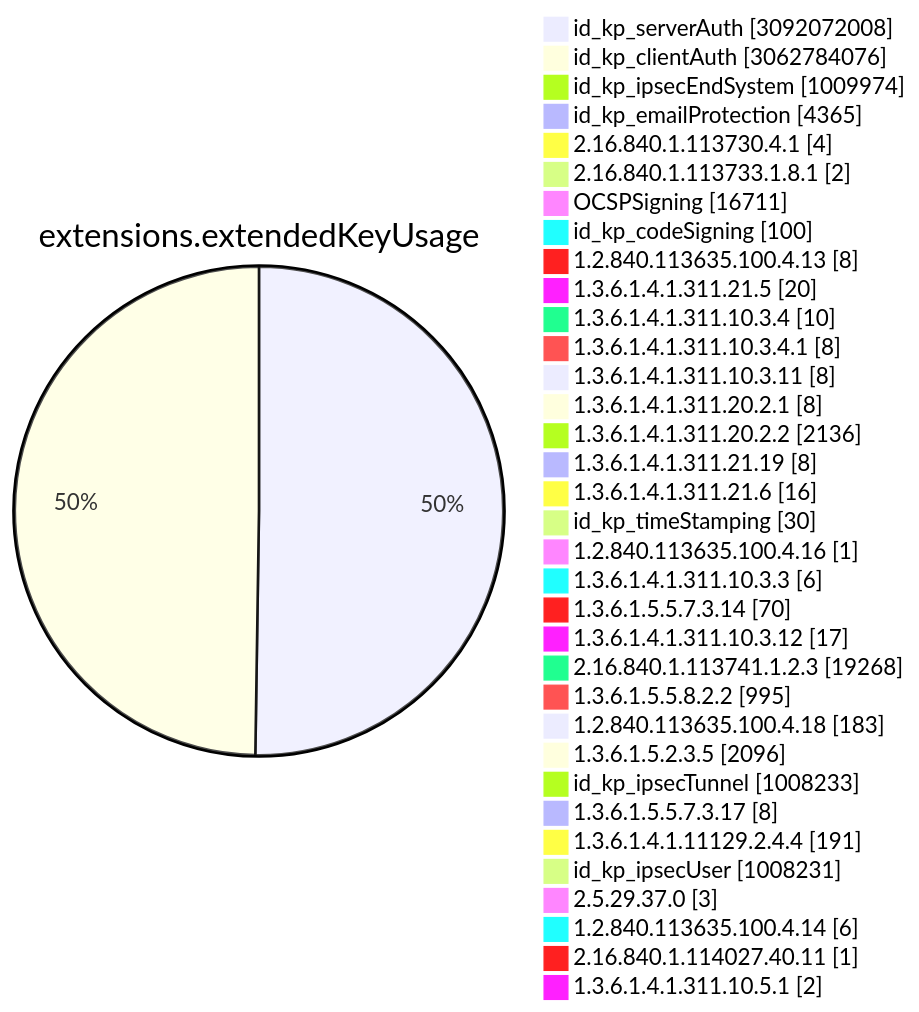
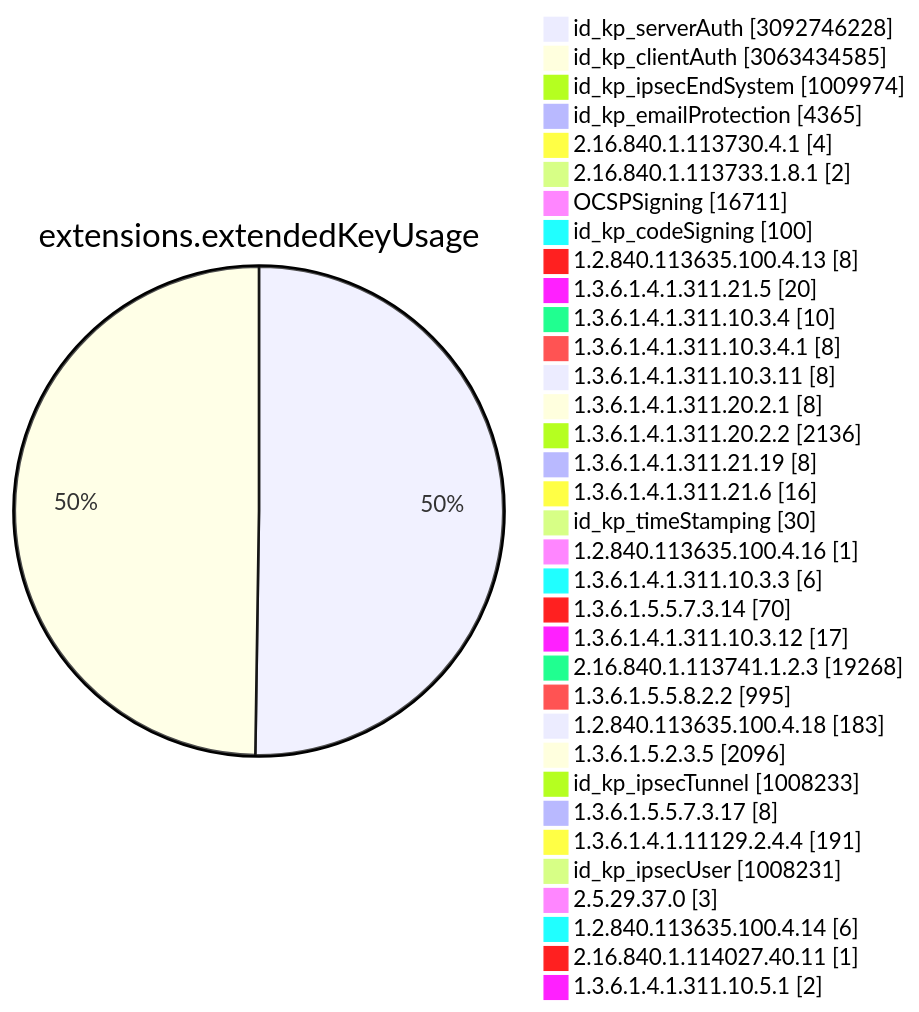
Before and after one commit to christiankrug/ctmonitor_visualization: diagram 11 of 15 in TOTAL/README.md, drawn with Mermaid. The commit also changed other lines of this file, not shown here.

````diff
--- a/TOTAL/README.md
+++ b/TOTAL/README.md
@@ -4117,38 +4117,38 @@
 ```mermaid
 pie showData
 title extensions.extendedKeyUsage
-"id_kp_serverAuth" :3092072008
-"id_kp_clientAuth" :3062784076
+"id_kp_serverAuth" :3092746228
+"id_kp_clientAuth" :3063434585
 "id_kp_ipsecEndSystem" :1009974
 "id_kp_emailProtection" :4365
 "2.16.840.1.113730.4.1" :4
 "2.16.840.1.113733.1.8.1" :2
 "OCSPSigning" :16711
 "id_kp_codeSigning" :100
 "1.2.840.113635.100.4.13" :8
 "1.3.6.1.4.1.311.21.5" :20
 "1.3.6.1.4.1.311.10.3.4" :10
 "1.3.6.1.4.1.311.10.3.4.1" :8
 "1.3.6.1.4.1.311.10.3.11" :8
 "1.3.6.1.4.1.311.20.2.1" :8
 "1.3.6.1.4.1.311.20.2.2" :2136
 "1.3.6.1.4.1.311.21.19" :8
 "1.3.6.1.4.1.311.21.6" :16
 "id_kp_timeStamping" :30
 "1.2.840.113635.100.4.16" :1
 "1.3.6.1.4.1.311.10.3.3" :6
 "1.3.6.1.5.5.7.3.14" :70
 "1.3.6.1.4.1.311.10.3.12" :17
 "2.16.840.1.113741.1.2.3" :19268
 "1.3.6.1.5.5.8.2.2" :995
 "1.2.840.113635.100.4.18" :183
 "1.3.6.1.5.2.3.5" :2096
 "id_kp_ipsecTunnel" :1008233
 "1.3.6.1.5.5.7.3.17" :8
 "1.3.6.1.4.1.11129.2.4.4" :191
 "id_kp_ipsecUser" :1008231
 "2.5.29.37.0" :3
 "1.2.840.113635.100.4.14" :6
 "2.16.840.1.114027.40.11" :1
 "1.3.6.1.4.1.311.10.5.1" :2
 ```
````
